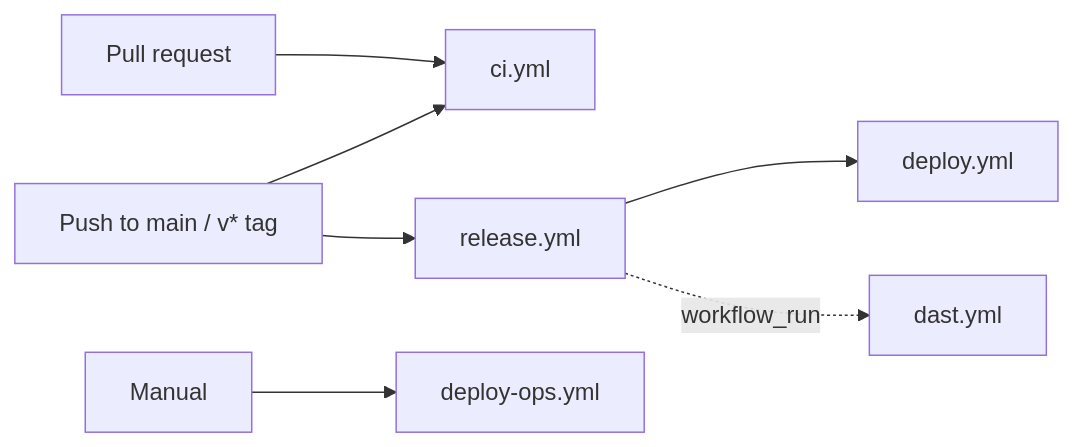
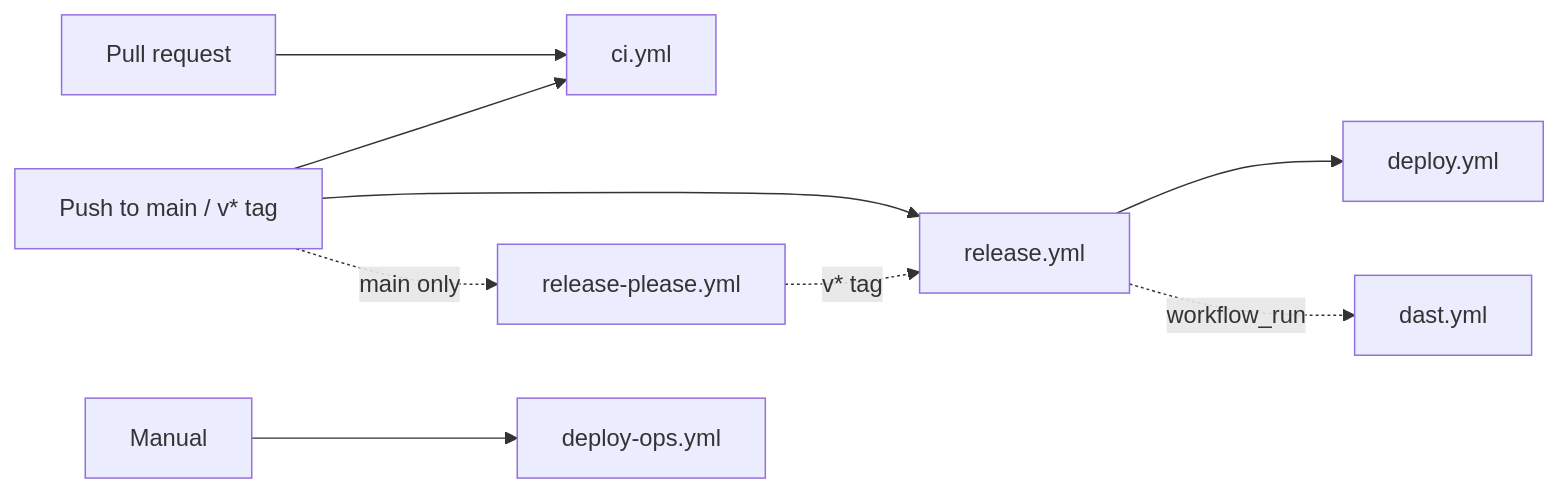
Before and after one commit to berserkhmdvhb/fullstack_template: the first of 2 diagrams in wiki/ci-cd.md, drawn with Mermaid. The commit also changed other lines of this file and 8 other files, not shown here.

First line of the commit message:
feat(release): cut releases with release-please and the release App's token

````diff
--- a/wiki/ci-cd.md
+++ b/wiki/ci-cd.md
@@ -26,9 +26,11 @@
 ```mermaid
 flowchart LR
     PR["Pull request"] --> CI["ci.yml"]
     Main["Push to main / v* tag"] --> CI
     Main --> Rel["release.yml"]
+    Main -. "main only" .-> RP["release-please.yml"]
+    RP -. "v* tag" .-> Rel
     Rel --> Dep["deploy.yml"]
     Rel -. "workflow_run" .-> Dast["dast.yml"]
     Manual["Manual"] --> Ops["deploy-ops.yml"]
 ```
````
